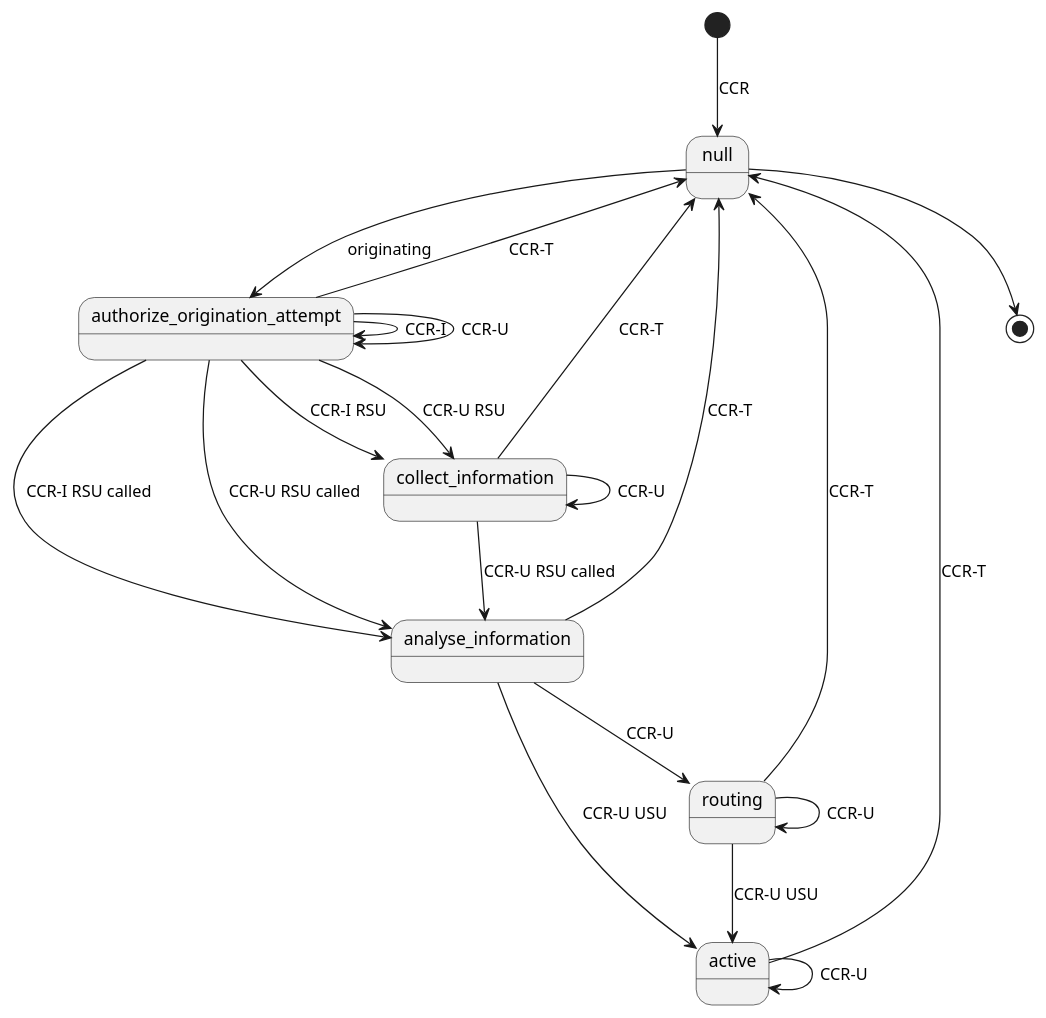
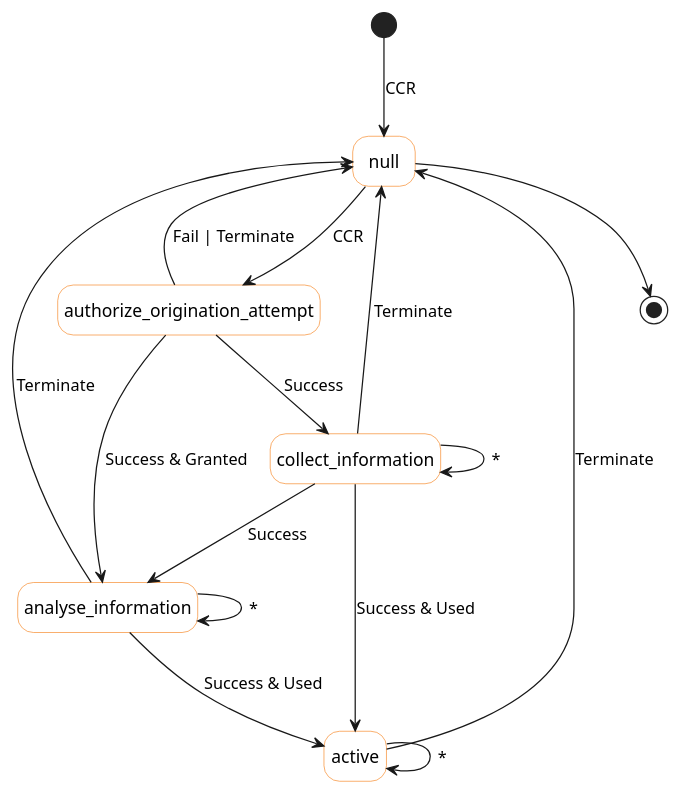
Before and after one commit to sigscale/cse: the diagram in doc/prepaid-diameter-gy.puml, drawn with PlantUML. The commit also changed 4 other files, not shown here.

```diff
--- a/doc/prepaid-diameter-gy.puml
+++ b/doc/prepaid-diameter-gy.puml
@@ -1,43 +1,31 @@
 @startuml
 
-state null {
-}
-state authorize_origination_attempt {
-}
-state collect_information {
-}
-state analyse_information {
-}
-state routing {
-}
-state active {
-}
+hide empty description
+skinparam shadowing false
+state null #white ##f57f17
+state authorize_origination_attempt #white ##f57f17
+state collect_information #white##f57f17
+state analyse_information #white##f57f17
+state active #white ##f57f17
 
 [*] --> null : CCR
-null --> authorize_origination_attempt : originating
+null --> authorize_origination_attempt : CCR
 null --> [*]
 
-authorize_origination_attempt --> collect_information : CCR-I RSU
-authorize_origination_attempt --> collect_information : CCR-U RSU
-authorize_origination_attempt --> analyse_information : CCR-I RSU called
-authorize_origination_attempt --> analyse_information : CCR-U RSU called
-authorize_origination_attempt --> authorize_origination_attempt : CCR-I
-authorize_origination_attempt --> authorize_origination_attempt : CCR-U
-authorize_origination_attempt --> null : CCR-T
+authorize_origination_attempt --> analyse_information : Success & Granted
+authorize_origination_attempt --> collect_information : Success
+authorize_origination_attempt --> null : Fail | Terminate
 
-collect_information --> analyse_information : CCR-U RSU called
-collect_information --> collect_information : CCR-U 
-collect_information --> null : CCR-T
+collect_information --> active : Success & Used
+collect_information --> analyse_information : Success
+collect_information --> collect_information : *
+collect_information --> null : Terminate
 
-analyse_information --> active : CCR-U USU
-analyse_information --> routing : CCR-U
-analyse_information --> null : CCR-T
+analyse_information --> active : Success & Used
+analyse_information --> analyse_information : *
+analyse_information --> null : Terminate
 
-routing --> active : CCR-U USU
-routing --> routing : CCR-U
-routing --> null : CCR-T
-
-active --> null : CCR-T
-active --> active : CCR-U
+active --> active : *
+active --> null : Terminate
 
 @enduml
```
